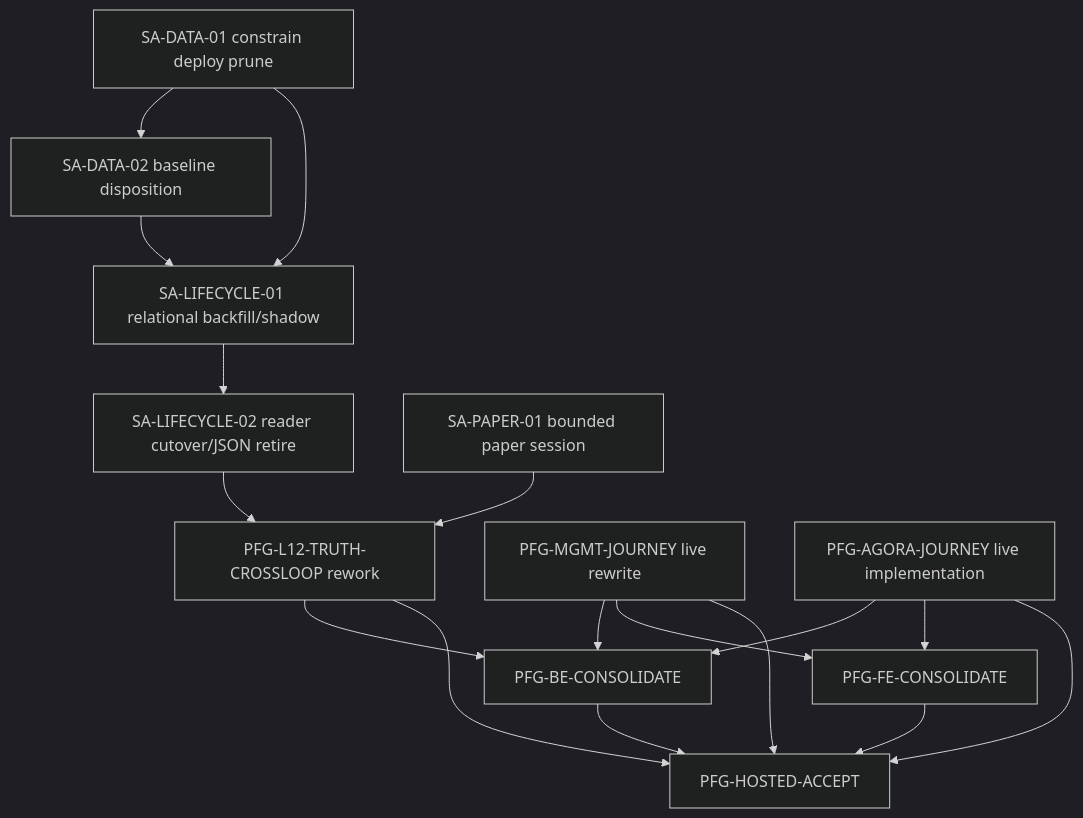
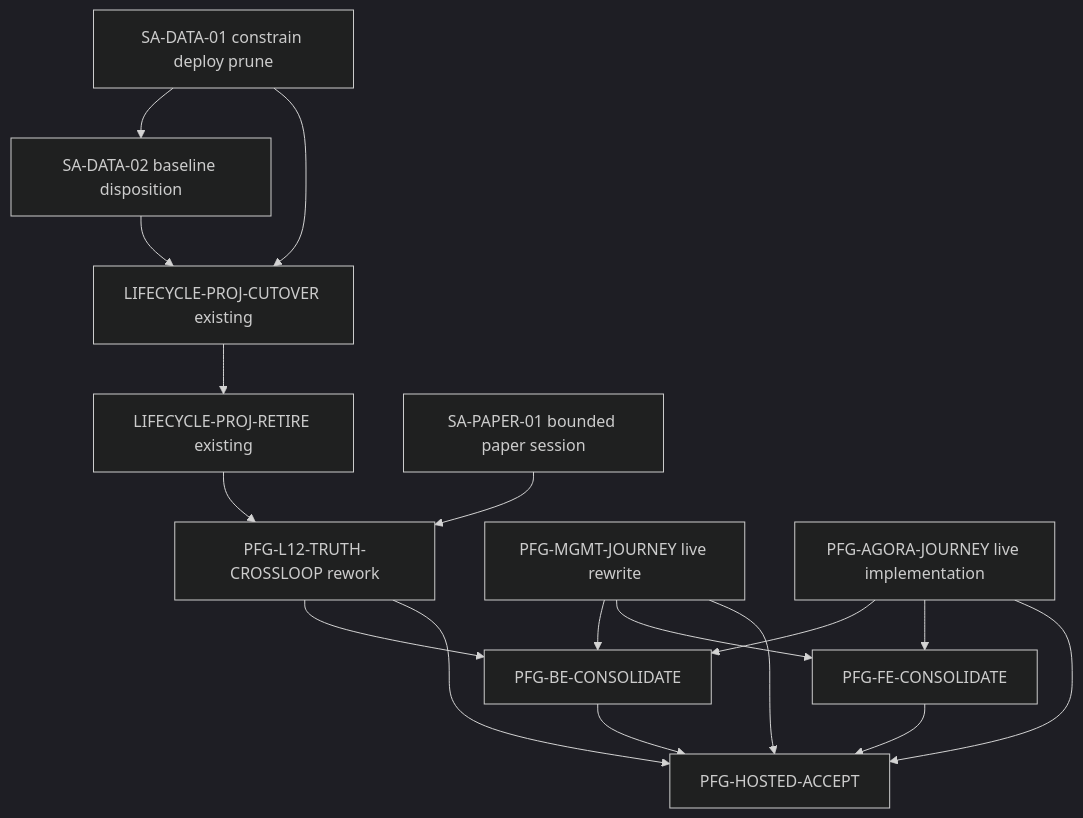
The diagram in docs/04/pantheon_current_code_gap_sa_2026-08-22/SA_IMPLEMENTATION_PLAN_2026-08-22.md (ajoe734/pantheon), drawn with Mermaid (dark theme) before and after one commit. The commit also changed other lines of this file and 1 other file, not shown here.

````diff
--- a/docs/04/pantheon_current_code_gap_sa_2026-08-22/SA_IMPLEMENTATION_PLAN_2026-08-22.md
+++ b/docs/04/pantheon_current_code_gap_sa_2026-08-22/SA_IMPLEMENTATION_PLAN_2026-08-22.md
@@ -405,31 +428,31 @@
 ```mermaid
 flowchart TD
   D1[SA-DATA-01 constrain deploy prune]
   D2[SA-DATA-02 baseline disposition]
-  L1[SA-LIFECYCLE-01 relational backfill/shadow]
-  L2[SA-LIFECYCLE-02 reader cutover/JSON retire]
+  L1[LIFECYCLE-PROJ-CUTOVER existing]
+  L2[LIFECYCLE-PROJ-RETIRE existing]
   P1[SA-PAPER-01 bounded paper session]
   T[PFG-L12-TRUTH-CROSSLOOP rework]
   M[PFG-MGMT-JOURNEY live rewrite]
   A[PFG-AGORA-JOURNEY live implementation]
   BC[PFG-BE-CONSOLIDATE]
   FC[PFG-FE-CONSOLIDATE]
   H[PFG-HOSTED-ACCEPT]
 
   D1 --> D2
   D2 --> L1
   D1 --> L1
   L1 --> L2
   P1 --> T
   L2 --> T
   T --> BC
   A --> BC
   M --> BC
   A --> FC
   M --> FC
   T --> H
   A --> H
   M --> H
   BC --> H
   FC --> H
 ```
````
